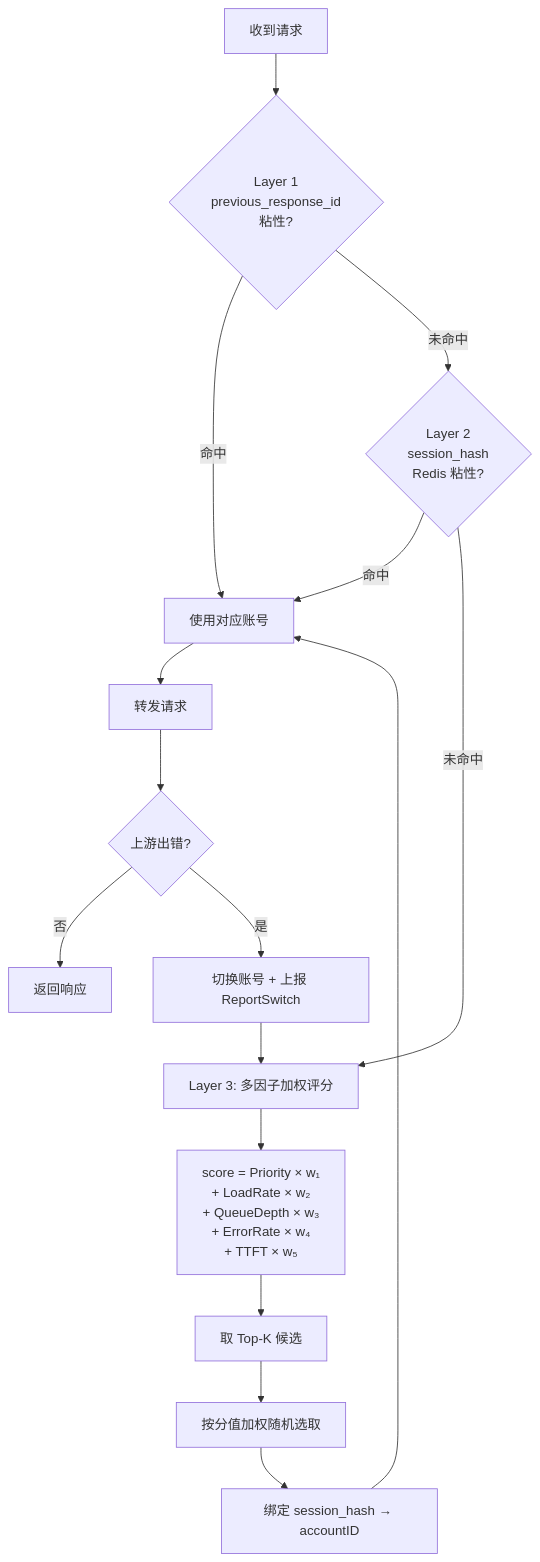
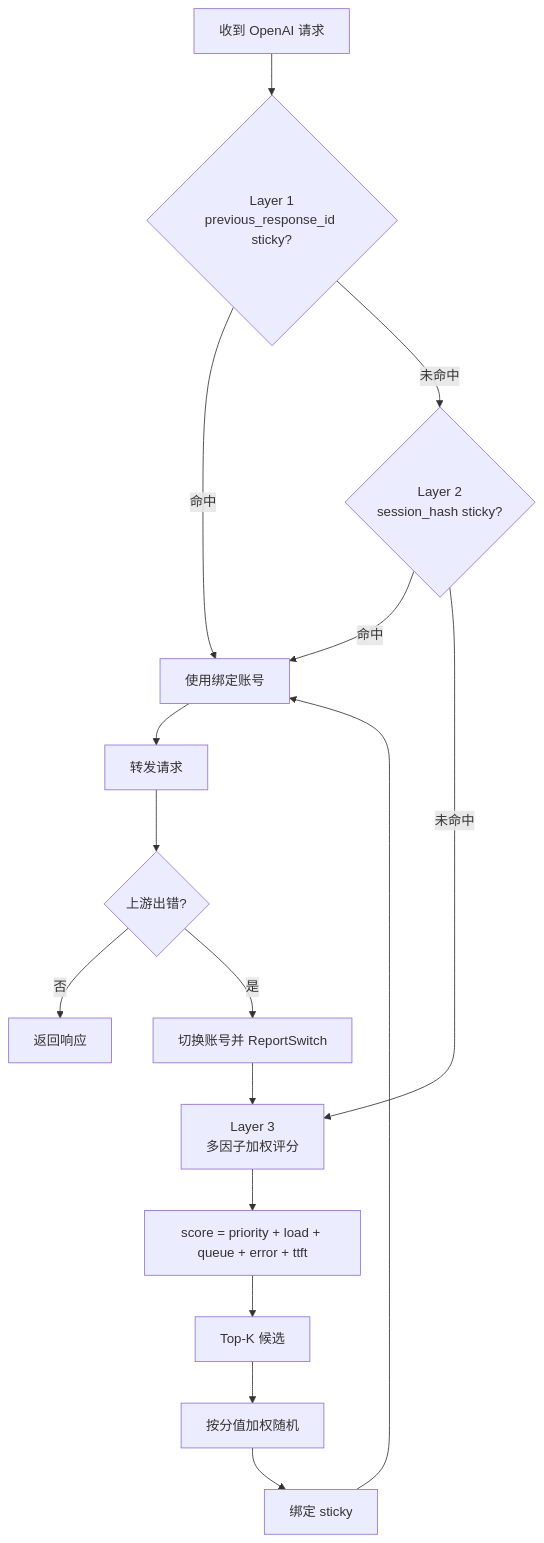
One commit to linshisancc/sub2api changed the sixth of 9 diagrams in docs/ARCHITECTURE.md. Above: the diagram before and after it, drawn with Mermaid. The commit also changed other lines of this file, not shown here.

Commit message:
docs: update architecture overview

````diff
--- a/docs/ARCHITECTURE.md
+++ b/docs/ARCHITECTURE.md
@@ -376,24 +476,20 @@
 ```mermaid
 flowchart TD
-    REQ[收到请求] --> L1{Layer 1<br/>previous_response_id<br/>粘性?}
-    L1 -- 命中 --> USE[使用对应账号]
-    L1 -- 未命中 --> L2{Layer 2<br/>session_hash<br/>Redis 粘性?}
+    REQ[收到 OpenAI 请求] --> L1{Layer 1<br/>previous_response_id sticky?}
+    L1 -- 命中 --> USE[使用绑定账号]
+    L1 -- 未命中 --> L2{Layer 2<br/>session_hash sticky?}
     L2 -- 命中 --> USE
-    L2 -- 未命中 --> L3[Layer 3: 多因子加权评分]
+    L2 -- 未命中 --> L3[Layer 3<br/>多因子加权评分]
 
-    L3 --> SCORE["score = Priority × w₁
-    + LoadRate × w₂
-    + QueueDepth × w₃
-    + ErrorRate × w₄
-    + TTFT × w₅"]
-    SCORE --> TOPK[取 Top-K 候选]
-    TOPK --> WGT[按分值加权随机选取]
-    WGT --> BIND[绑定 session_hash → accountID]
+    L3 --> SCORE["score = priority + load + queue + error + ttft"]
+    SCORE --> TOPK[Top-K 候选]
+    TOPK --> WGT[按分值加权随机]
+    WGT --> BIND[绑定 sticky]
     BIND --> USE
 
     USE --> FWD[转发请求]
     FWD --> ERR{上游出错?}
     ERR -- 否 --> OK[返回响应]
-    ERR -- 是 --> SWITCH[切换账号 + 上报 ReportSwitch]
+    ERR -- 是 --> SWITCH[切换账号并 ReportSwitch]
     SWITCH --> L3
 ```
````
